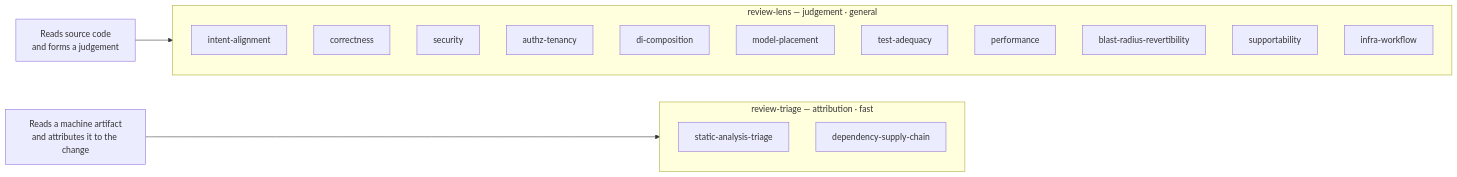
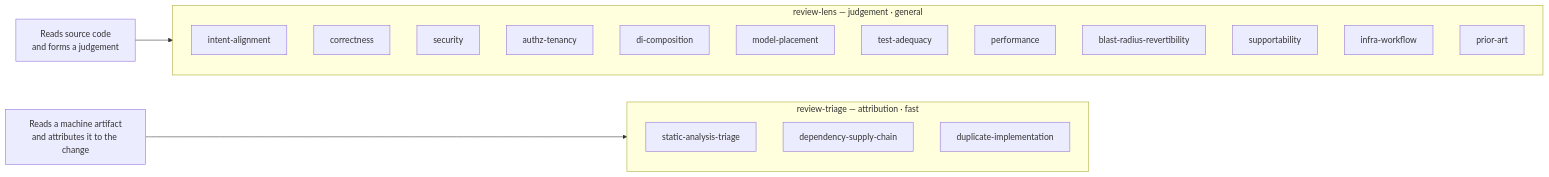
The second of 4 diagrams in docs/code-review/architecture.md (dpalfery/kyber-weave), drawn with Mermaid before and after one commit. The commit also changed other lines of this file and 73 other files, not shown here.

````diff
--- a/docs/code-review/architecture.md
+++ b/docs/code-review/architecture.md
@@ -110,26 +121,28 @@
 ```mermaid
 flowchart LR
     subgraph J["review-lens — judgement · general"]
         direction TB
         J1["intent-alignment"]
         J2["correctness"]
         J3["security"]
         J4["authz-tenancy"]
         J5["di-composition"]
         J6["model-placement"]
         J7["test-adequacy"]
         J8["performance"]
         J9["blast-radius-revertibility"]
         J10["supportability"]
         J11["infra-workflow"]
+        J12["prior-art"]
     end
 
     subgraph T["review-triage — attribution · fast"]
         direction TB
         T1["static-analysis-triage"]
         T2["dependency-supply-chain"]
+        T3["duplicate-implementation"]
     end
 
     Input1["Reads source code<br/>and forms a judgement"] --> J
     Input2["Reads a machine artifact<br/>and attributes it to the change"] --> T
 ```
````
